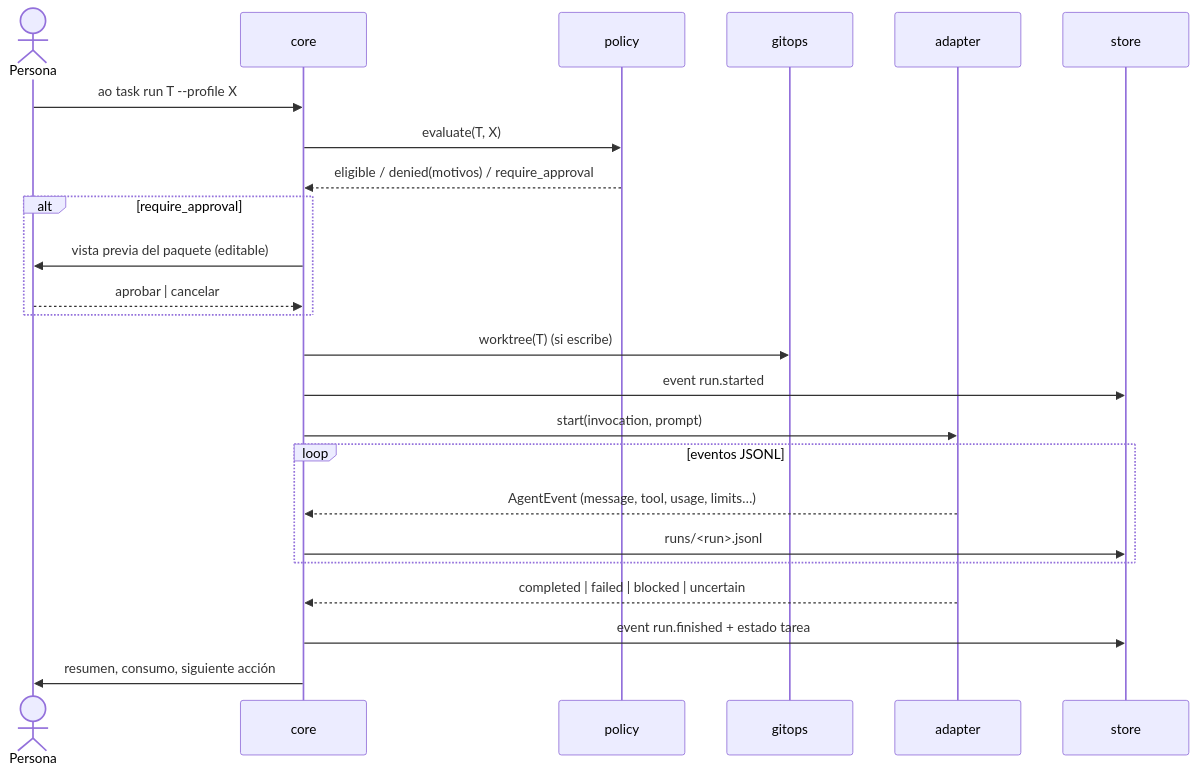
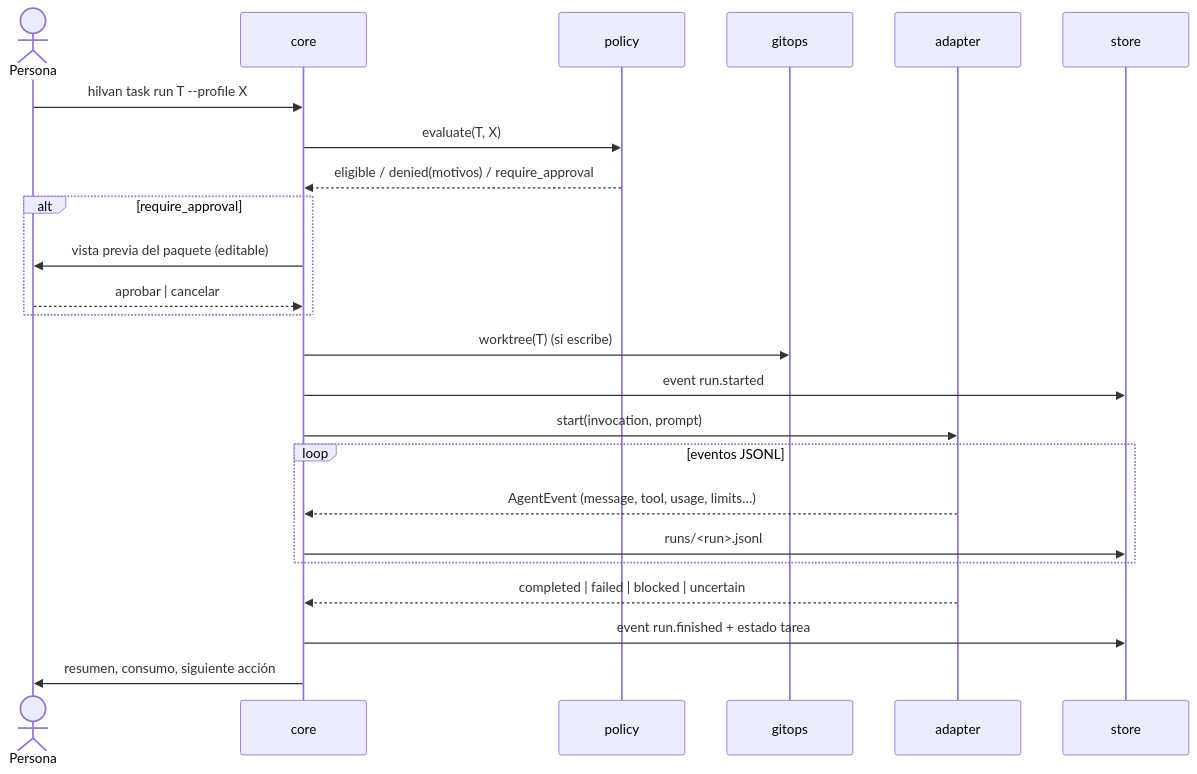
Before and after one commit to ferchosur/hilvan: the second of 2 diagrams in docs/design/arquitectura.md, drawn with Mermaid. The commit also changed other lines of this file and 27 other files, not shown here.

````diff
--- a/docs/design/arquitectura.md
+++ b/docs/design/arquitectura.md
@@ -49,26 +49,26 @@
 ```mermaid
 sequenceDiagram
     actor U as Persona
     participant C as core
     participant P as policy
     participant G as gitops
     participant A as adapter
     participant S as store
-    U->>C: ao task run T --profile X
+    U->>C: hilvan task run T --profile X
     C->>P: evaluate(T, X)
     P-->>C: eligible / denied(motivos) / require_approval
     alt require_approval
         C->>U: vista previa del paquete (editable)
         U-->>C: aprobar | cancelar
     end
     C->>G: worktree(T) (si escribe)
     C->>S: event run.started
     C->>A: start(invocation, prompt)
     loop eventos JSONL
         A-->>C: AgentEvent (message, tool, usage, limits…)
         C->>S: runs/<run>.jsonl
     end
     A-->>C: completed | failed | blocked | uncertain
     C->>S: event run.finished + estado tarea
     C->>U: resumen, consumo, siguiente acción
 ```
````
